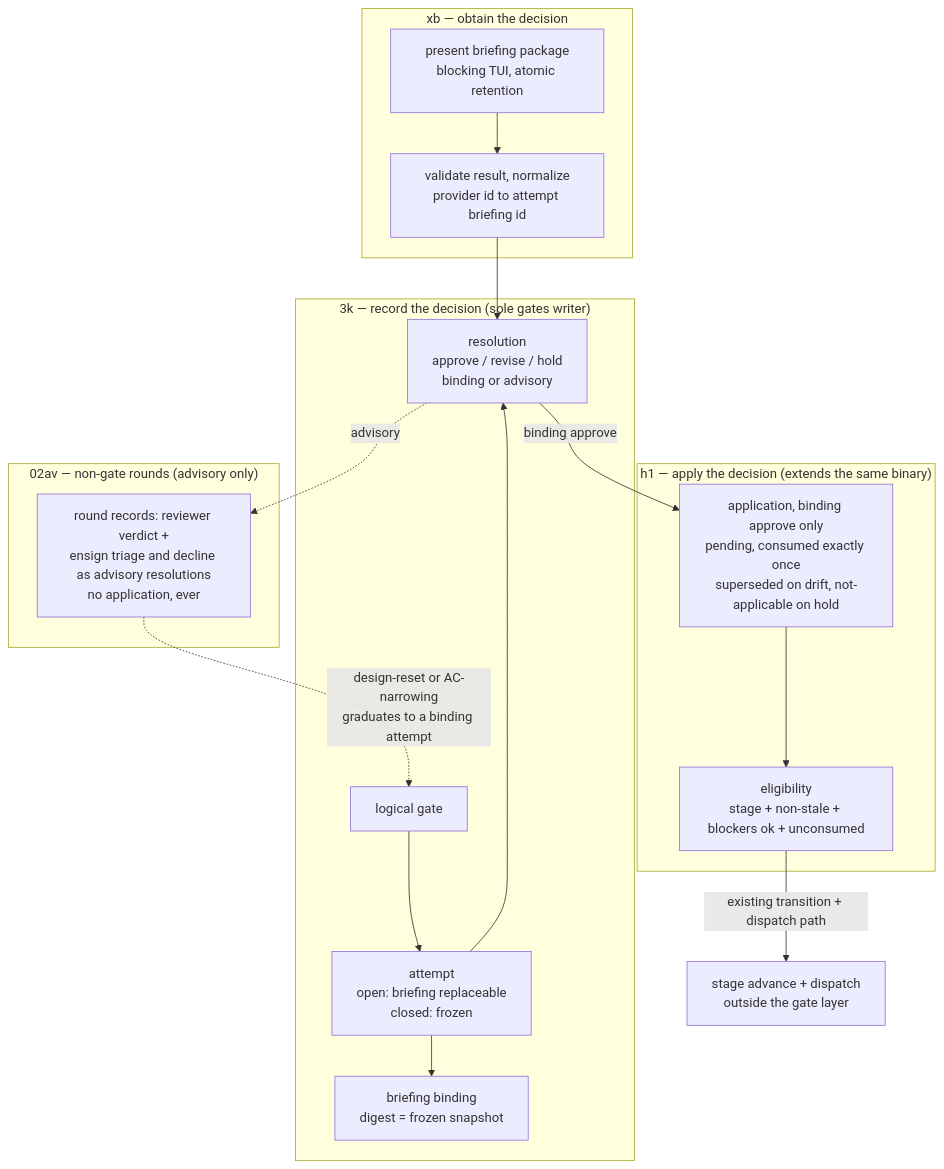
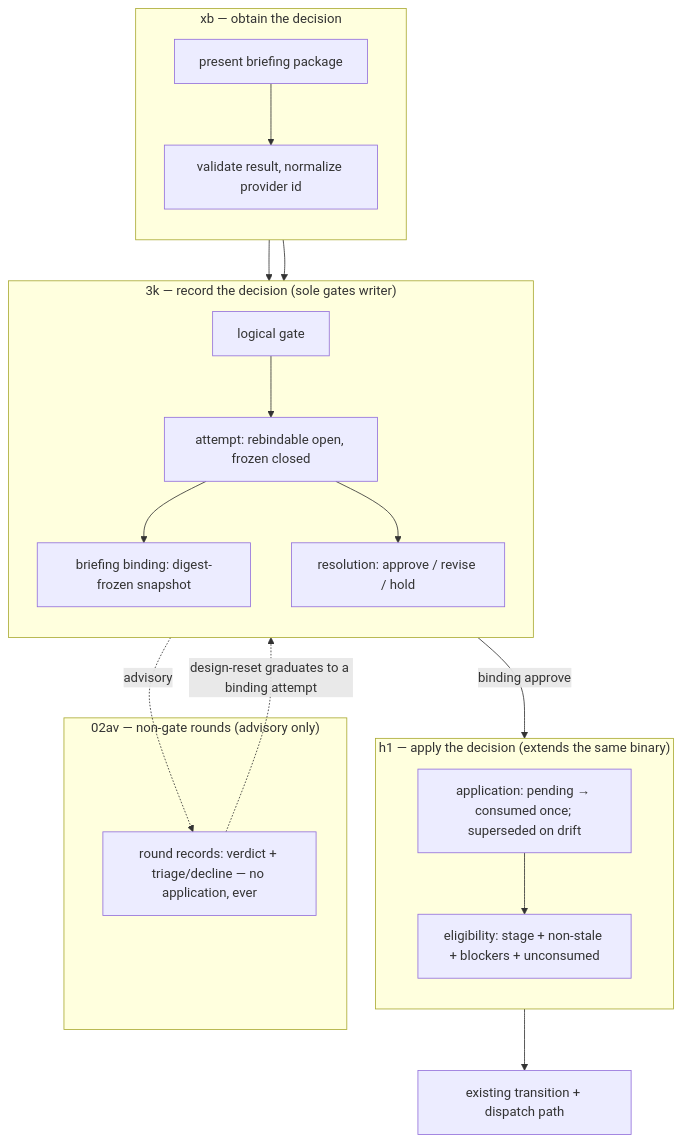
The diagram in durable-gate-approval-pending-blockers/gate-resolution-frontmatter-contract.md (spacedock-dev/spacedock), drawn with Mermaid before and after one commit. The commit also changed 1 other file, not shown here.

Commit message:
0260: 3k ideation cycle-17 — vertical mermaid redesign for TUI render (captain annotation)

````diff
--- a/durable-gate-approval-pending-blockers/gate-resolution-frontmatter-contract.md
+++ b/durable-gate-approval-pending-blockers/gate-resolution-frontmatter-contract.md
@@ -26,26 +26,26 @@
 ```mermaid
 flowchart TB
     subgraph obtain ["xb — obtain the decision"]
-        present["present briefing package<br/>blocking TUI, atomic retention"]
-        normalize["validate result, normalize<br/>provider id to attempt briefing id"]
-        present --> normalize
+        direction TB
+        present["present briefing package"] --> normalize["validate result, normalize provider id"]
     end
     subgraph record ["3k — record the decision (sole gates writer)"]
-        gate["logical gate"] --> attempt["attempt<br/>open: briefing replaceable<br/>closed: frozen"]
-        attempt --> briefing["briefing binding<br/>digest = frozen snapshot"]
-        attempt --> resolution["resolution<br/>approve / revise / hold<br/>binding or advisory"]
+        direction TB
+        gate["logical gate"] --> attempt["attempt: rebindable open, frozen closed"]
+        attempt --> briefing["briefing binding: digest-frozen snapshot"]
+        attempt --> resolution["resolution: approve / revise / hold"]
     end
     subgraph apply ["h1 — apply the decision (extends the same binary)"]
-        application["application, binding approve only<br/>pending, consumed exactly once<br/>superseded on drift, not-applicable on hold"]
-        eligibility["eligibility<br/>stage + non-stale + blockers ok + unconsumed"]
-        application --> eligibility
+        direction TB
+        application["application: pending → consumed once; superseded on drift"] --> eligibility["eligibility: stage + non-stale + blockers + unconsumed"]
     end
     subgraph rounds ["02av — non-gate rounds (advisory only)"]
-        round["round records: reviewer verdict +<br/>ensign triage and decline as advisory resolutions<br/>no application, ever"]
+        round["round records: verdict + triage/decline — no application, ever"]
     end
+    obtain --> record
     normalize --> resolution
     resolution -->|"binding approve"| application
     resolution -.->|"advisory"| round
-    round -.->|"design-reset or AC-narrowing<br/>graduates to a binding attempt"| gate
-    eligibility -->|"existing transition + dispatch path"| effect["stage advance + dispatch<br/>outside the gate layer"]
+    round -.->|"design-reset graduates to a binding attempt"| gate
+    eligibility --> effect["existing transition + dispatch path"]
 ```
````
